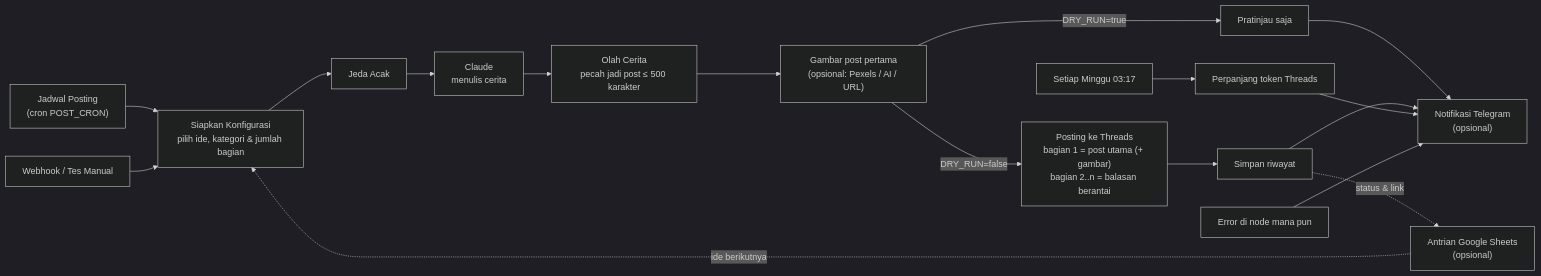
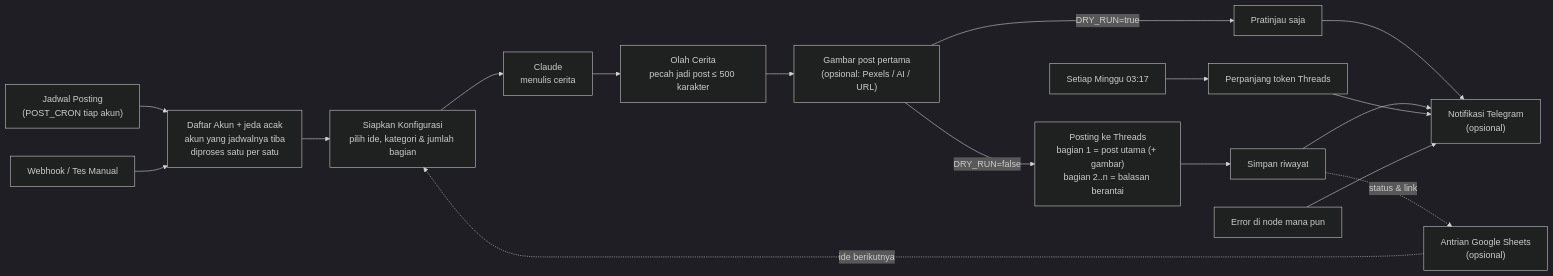
Before and after one commit to ReygaElkigia/AutoPostThreads: the diagram in README.md, drawn with Mermaid (dark theme). The commit also changed other lines of this file and 4 other files, not shown here.

````diff
--- a/README.md
+++ b/README.md
@@ -26,19 +27,19 @@
 ```mermaid
 flowchart LR
-  A["Jadwal Posting<br/>(cron POST_CRON)"] --> C
-  B["Webhook / Tes Manual"] --> C
+  A["Jadwal Posting<br/>(POST_CRON tiap akun)"] --> AK["Daftar Akun + jeda acak<br/>akun yang jadwalnya tiba<br/>diproses satu per satu"]
+  B["Webhook / Tes Manual"] --> AK
+  AK --> C
   S["Antrian Google Sheets<br/>(opsional)"] -.->|"ide berikutnya"| C
-  C["Siapkan Konfigurasi<br/>pilih ide, kategori & jumlah bagian"] --> D["Jeda Acak"]
-  D --> E["Claude<br/>menulis cerita"]
+  C["Siapkan Konfigurasi<br/>pilih ide, kategori & jumlah bagian"] --> E["Claude<br/>menulis cerita"]
   E --> F["Olah Cerita<br/>pecah jadi post ≤ 500 karakter"]
   F --> P["Gambar post pertama<br/>(opsional: Pexels / AI / URL)"]
   P -->|"DRY_RUN=true"| G["Pratinjau saja"]
   P -->|"DRY_RUN=false"| H["Posting ke Threads<br/>bagian 1 = post utama (+ gambar)<br/>bagian 2..n = balasan berantai"]
   H --> I["Simpan riwayat"]
   I -.->|"status & link"| S
   J["Setiap Minggu 03:17"] --> K["Perpanjang token Threads"]
   G --> T["Notifikasi Telegram<br/>(opsional)"]
   I --> T
   K --> T
   X["Error di node mana pun"] --> T
 ```
````
